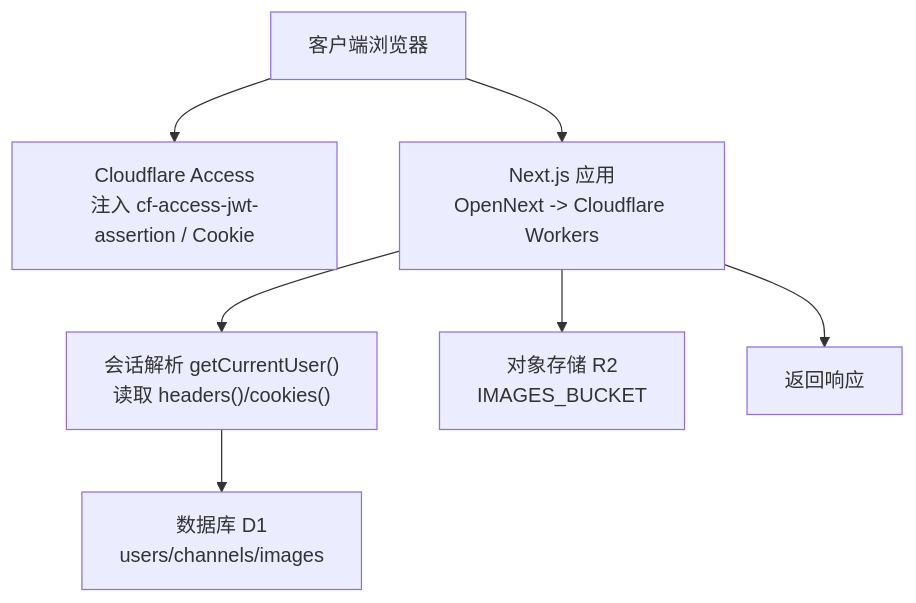
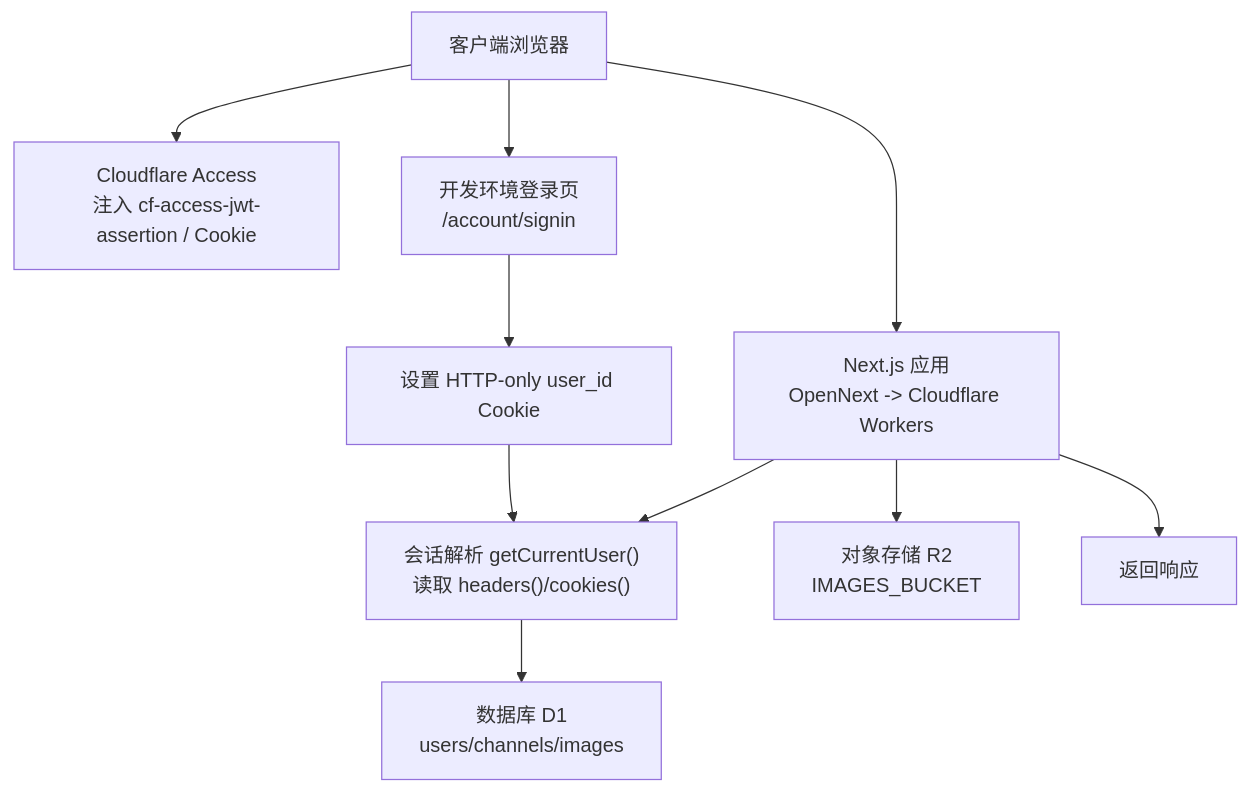
One commit to pnnh/weable changed the first of 5 diagrams in .qoder/repowiki/zh/content/架构设计/认证架构设计/会话处理机制.md. Above: the diagram before and after it, drawn with Mermaid. The commit also changed other lines of this file and 161 other files, not shown here.

````diff
--- a/.qoder/repowiki/zh/content/架构设计/认证架构设计/会话处理机制.md
+++ b/.qoder/repowiki/zh/content/架构设计/认证架构设计/会话处理机制.md
@@ -45,9 +56,12 @@
 ```mermaid
 graph TB
 Client["客户端浏览器"] --> CFAccess["Cloudflare Access<br/>注入 cf-access-jwt-assertion / Cookie"]
+Client --> DevLogin["开发环境登录页<br/>/account/signin"]
 Client --> App["Next.js 应用<br/>OpenNext -> Cloudflare Workers"]
 App --> Auth["会话解析 getCurrentUser()<br/>读取 headers()/cookies()"]
 Auth --> DB["数据库 D1<br/>users/channels/images"]
 App --> Storage["对象存储 R2<br/>IMAGES_BUCKET"]
 App --> Response["返回响应"]
+DevLogin --> Cookie["设置 HTTP-only user_id Cookie"]
+Cookie --> Auth
 ```
````
